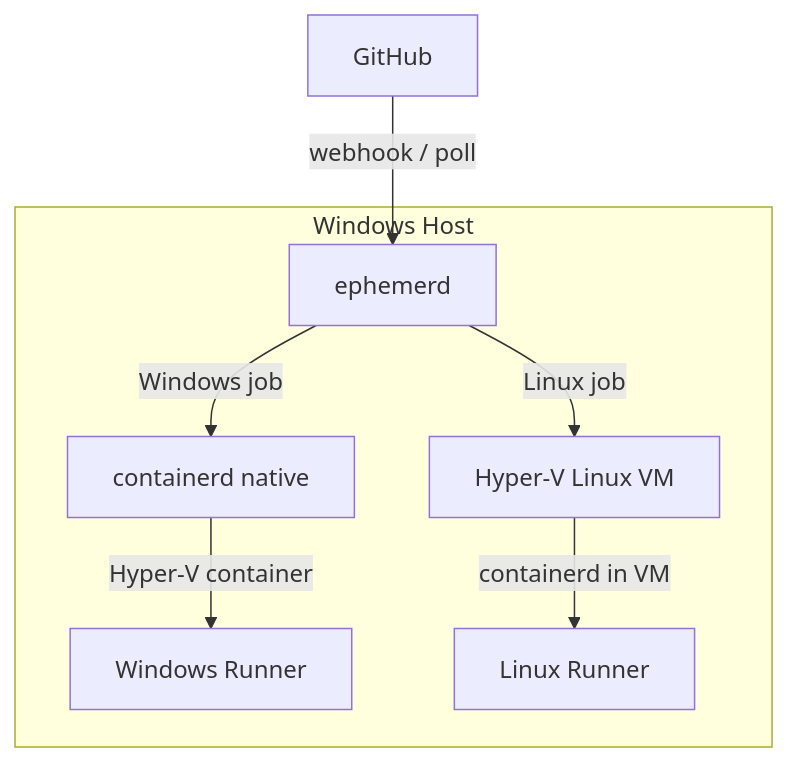
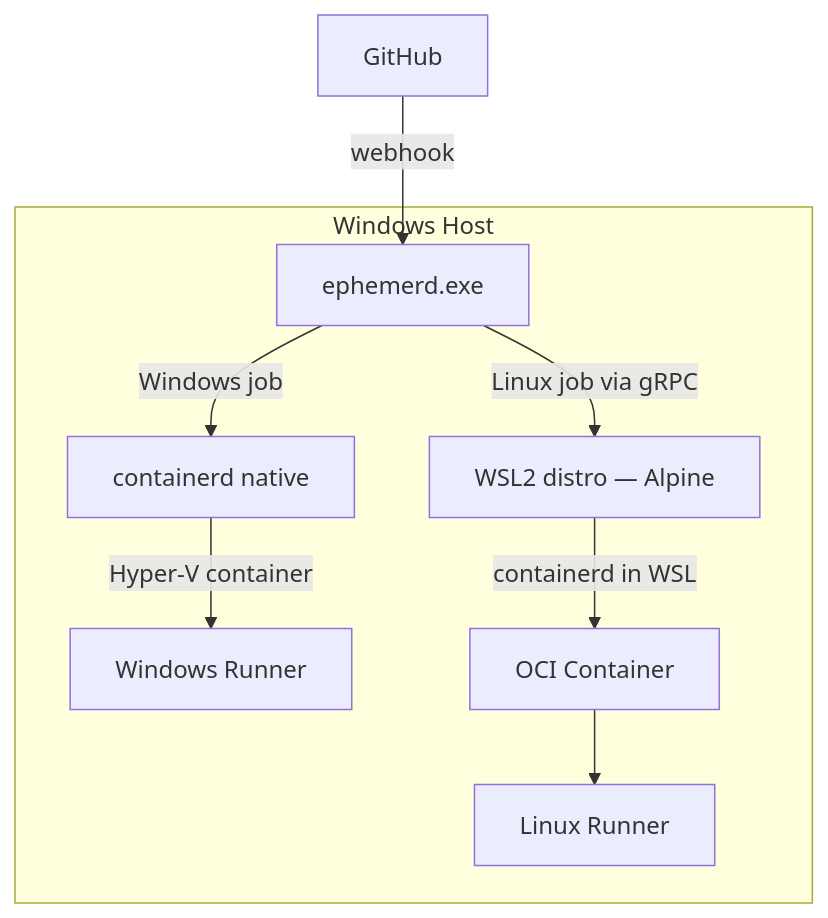
One commit to ephpm/ephemerd changed the second of 7 diagrams in README.md. Above: the diagram before and after it, drawn with Mermaid. The commit also changed other lines of this file, not shown here.

First line of the commit message:
docs: update README with webhook/polling flow and platform details

````diff
--- a/README.md
+++ b/README.md
@@ -36,12 +38,13 @@
 ```mermaid
 graph TB
-    GH[GitHub] -->|webhook / poll| E[ephemerd]
+    GH[GitHub] -->|webhook| E[ephemerd.exe]
 
     subgraph "Windows Host"
         E -->|Windows job| CTD[containerd native]
         CTD -->|Hyper-V container| WR[Windows Runner]
 
-        E -->|Linux job| VM[Hyper-V Linux VM]
-        VM -->|containerd in VM| LR[Linux Runner]
+        E -->|Linux job via gRPC| WSL[WSL2 distro — Alpine]
+        WSL -->|containerd in WSL| LC[OCI Container]
+        LC --> LR[Linux Runner]
     end
 ```
````
